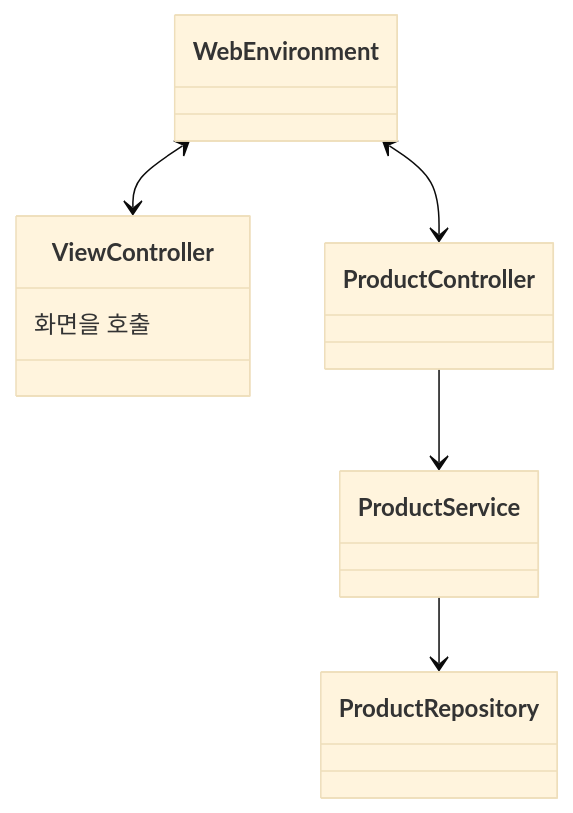
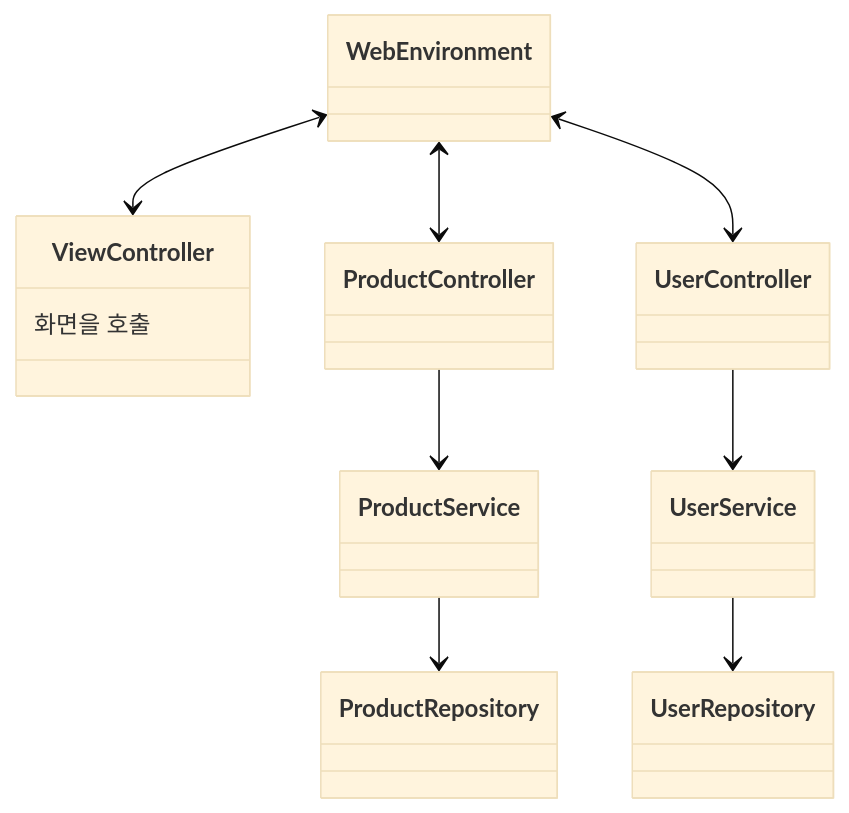
Before and after one commit to woowacourse/jwp-shopping-cart: the diagram in README.md, drawn with Mermaid (base theme). The commit also changed other lines of this file and 8 other files, not shown here.

````diff
--- a/README.md
+++ b/README.md
@@ -9,10 +9,15 @@
 ```mermaid
 classDiagram
     Web Environment <--> ViewController
+    class ViewController {
+        화면을 호출
+    }
+    
     Web Environment <--> ProductController
     ProductController --> ProductService
     ProductService --> ProductRepository
-    class ViewController {
-        화면을 호출
-    }
+    
+    Web Environment <--> UserController
+    UserController --> UserService
+    UserService --> UserRepository
 ```
````
